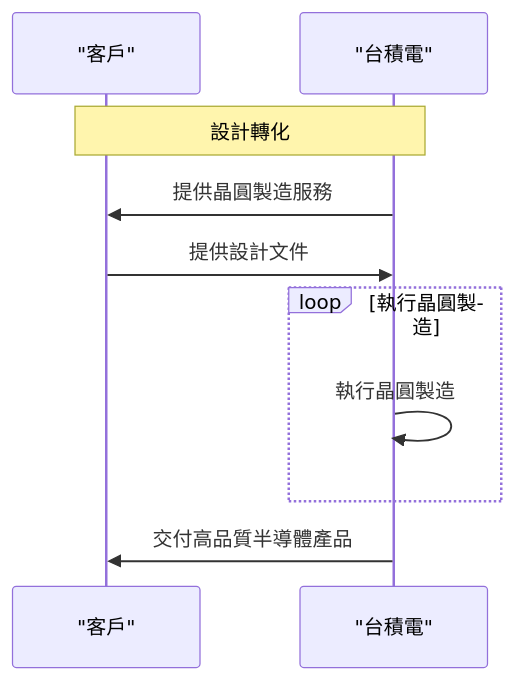
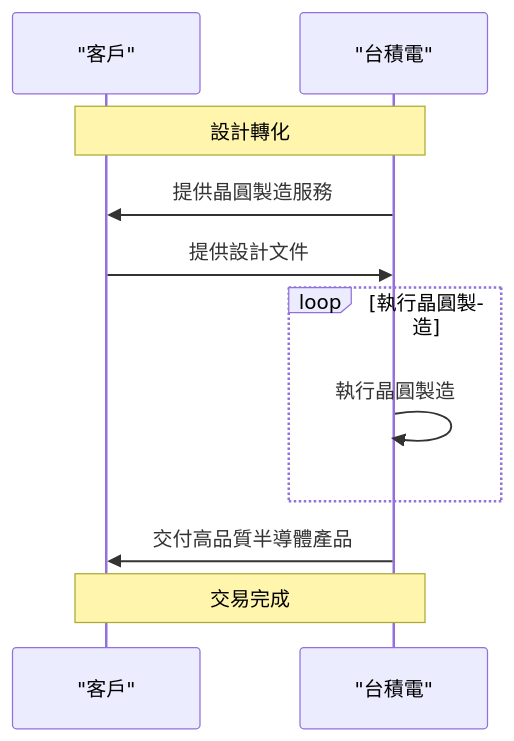
One commit to a920604a/engineernews changed the diagram in src/content/posts/tech/_2026-05-09-ai-tsmc96298.md. Above: the diagram before and after it, drawn with Mermaid. The commit also changed 8 other files, not shown here.

Commit message:
fix: auto-fix mermaid syntax errors in posts

````diff
--- a/src/content/posts/tech/_2026-05-09-ai-tsmc96298.md
+++ b/src/content/posts/tech/_2026-05-09-ai-tsmc96298.md
@@ -27,12 +27,13 @@
 ```mermaid
 sequenceDiagram
     participant 客戶 as "客戶"
     participant 台積電 as "台積電"
     Note over 客戶,台積電: 設計轉化
     台積電->>客戶: 提供晶圓製造服務
     客戶->>台積電: 提供設計文件
     loop 執行晶圓製造
         台積電->>台積電: 執行晶圓製造
     end
     台積電->>客戶: 交付高品質半導體產品
+    Note over 客戶,台積電: 交易完成
 ```
````
